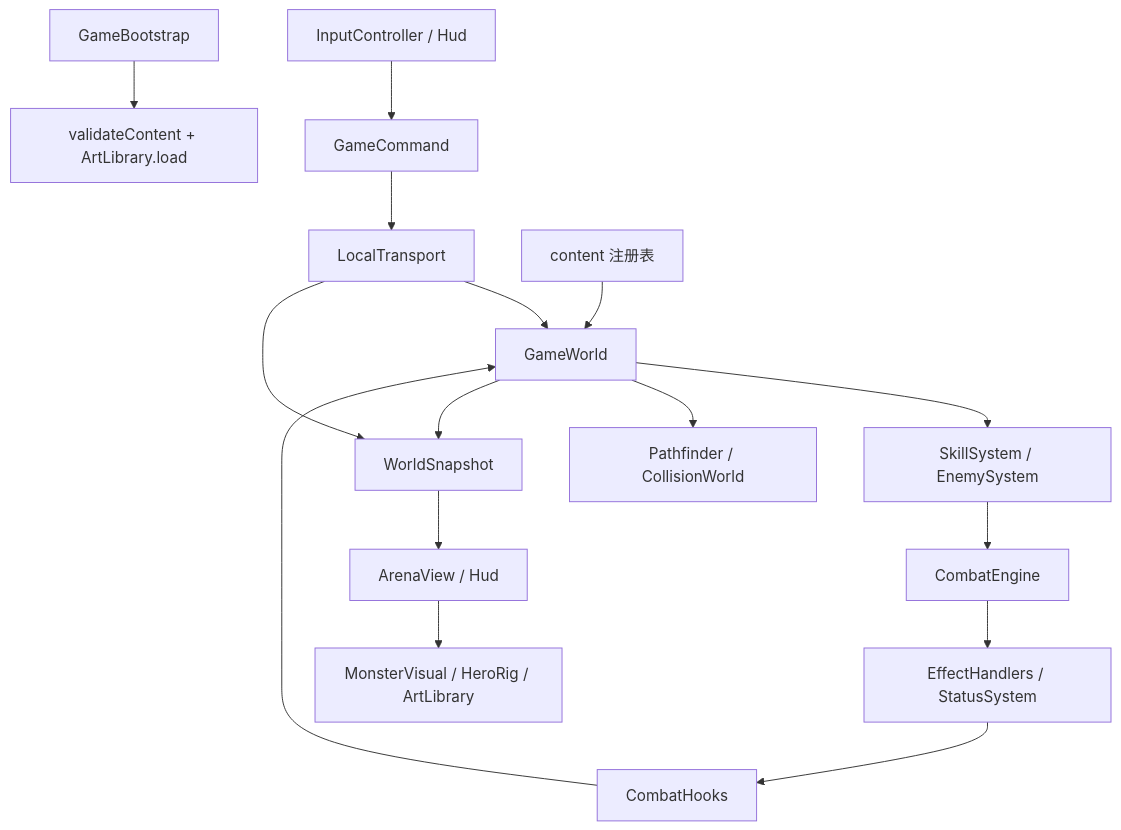
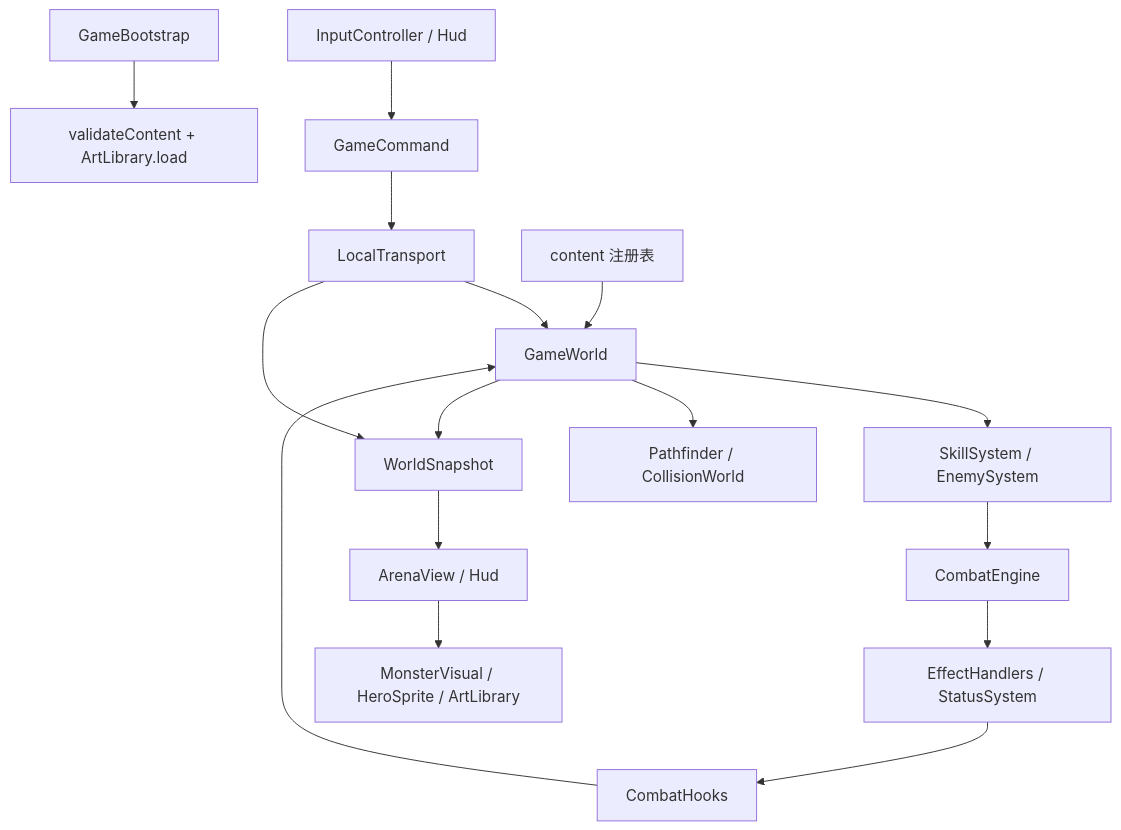
The first of 2 diagrams in docs/ARCHITECTURE.md (Amptyz/Odyssey), drawn with Mermaid before and after one commit. The commit also changed other lines of this file and 340 other files, not shown here.

````diff
--- a/docs/ARCHITECTURE.md
+++ b/docs/ARCHITECTURE.md
@@ -60,18 +61,18 @@
 ```mermaid
 flowchart TD
   B[GameBootstrap] --> V[validateContent + ArtLibrary.load]
   I[InputController / Hud] --> C[GameCommand]
   C --> L[LocalTransport]
   L --> W[GameWorld]
   D[content 注册表] --> W
   W --> S[SkillSystem / EnemySystem]
   W --> N[Pathfinder / CollisionWorld]
   S --> E[CombatEngine]
   E --> F[EffectHandlers / StatusSystem]
   F --> H[CombatHooks]
   H --> W
   W --> P[WorldSnapshot]
   L --> P
   P --> R[ArenaView / Hud]
-  R --> A[MonsterVisual / HeroRig / ArtLibrary]
+  R --> A[MonsterVisual / HeroSprite / ArtLibrary]
 ```
````
